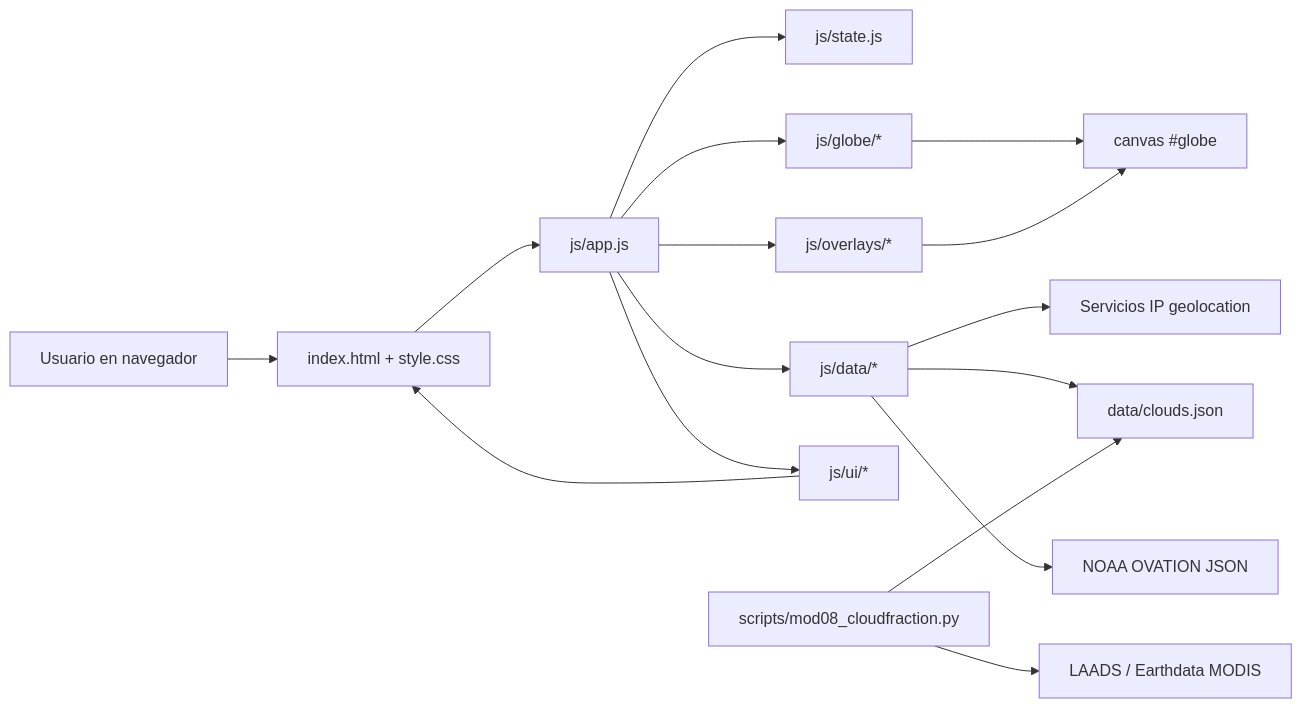
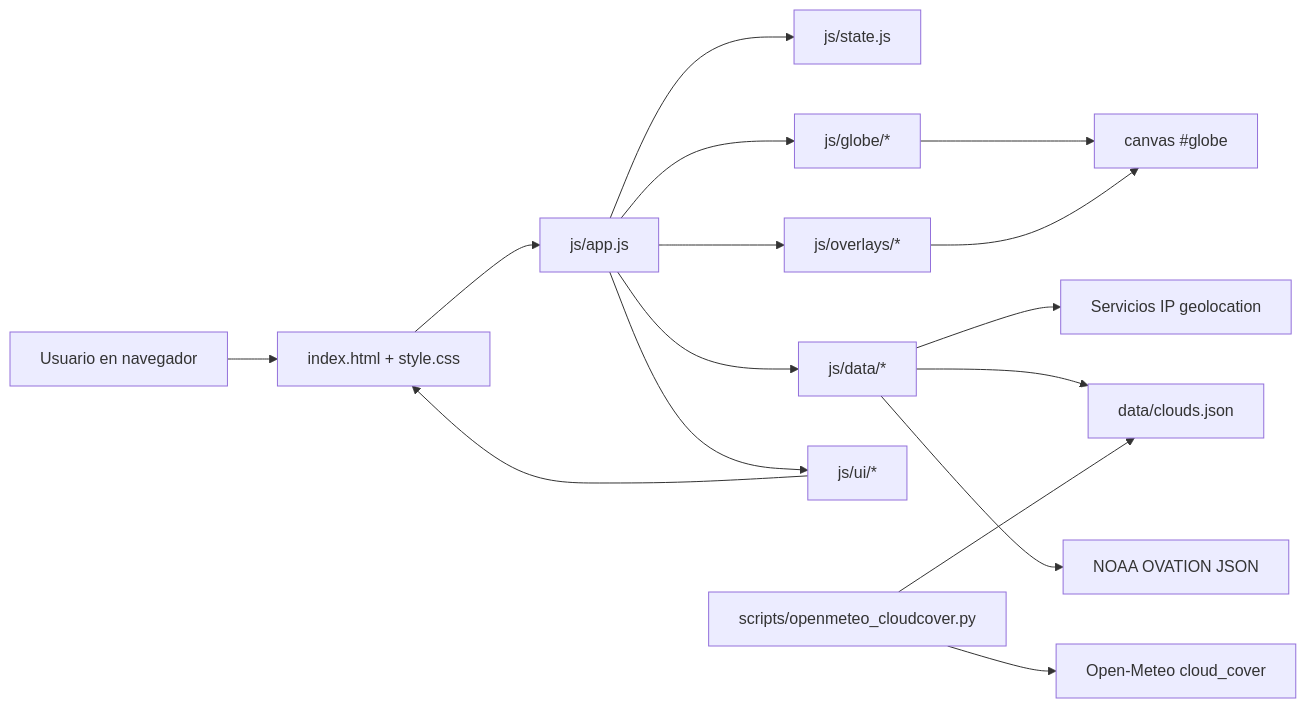
Before and after one commit to romezamario/auroras-boreales: the first of 4 diagrams in README.md, drawn with Mermaid. The commit also changed other lines of this file and 11 other files, not shown here.

First line of the commit message:
Arregla la carga en móvil y cambia la nubosidad a Open-Meteo

````diff
--- a/README.md
+++ b/README.md
@@ -41,20 +41,20 @@
 ```mermaid
 flowchart LR
     U[Usuario en navegador] --> H[index.html + style.css]
     H --> A[js/app.js]
     A --> S[js/state.js]
     A --> D[js/data/*]
     A --> G[js/globe/*]
     A --> O[js/overlays/*]
     A --> UI[js/ui/*]
 
     D --> NOAA[NOAA OVATION JSON]
     D --> GEO[Servicios IP geolocation]
     D --> CLOUDJSON[data/clouds.json]
-    CLOUDJOB[scripts/mod08_cloudfraction.py] --> NASA[LAADS / Earthdata MODIS]
+    CLOUDJOB[scripts/openmeteo_cloudcover.py] --> OM[Open-Meteo cloud_cover]
     CLOUDJOB --> CLOUDJSON
 
     G --> CANVAS[canvas #globe]
     O --> CANVAS
     UI --> H
 ```
````
